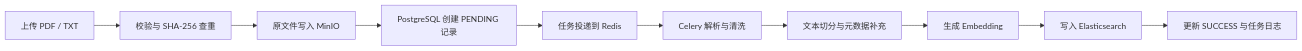
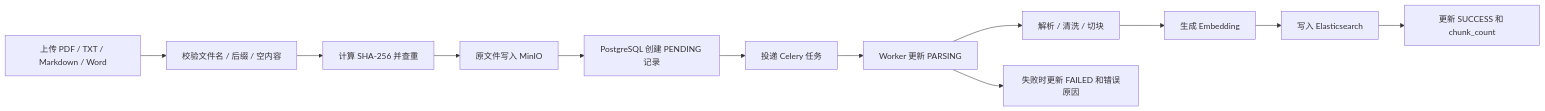
Before and after one commit to hf007019-lgtm/rag-builder: the second of 2 diagrams in README.md, drawn with Mermaid. The commit also changed other lines of this file and 4 other files, not shown here.

Commit message:
docs: document upload and parsing improvements

````diff
--- a/README.md
+++ b/README.md
@@ -212,12 +106,14 @@
 ```mermaid
 flowchart LR
-    Upload["上传 PDF / TXT"] --> Validate["校验与 SHA-256 查重"]
-    Validate --> Object["原文件写入 MinIO"]
-    Object --> Pending["PostgreSQL 创建 PENDING 记录"]
-    Pending --> Queue["任务投递到 Redis"]
-    Queue --> Parse["Celery 解析与清洗"]
-    Parse --> Chunk["文本切分与元数据补充"]
-    Chunk --> Vector["生成 Embedding"]
-    Vector --> Index["写入 Elasticsearch"]
-    Index --> Success["更新 SUCCESS 与任务日志"]
+    Upload[上传 PDF / TXT / Markdown / Word] --> Validate[校验文件名 / 后缀 / 空内容]
+    Validate --> Hash[计算 SHA-256 并查重]
+    Hash --> Object[原文件写入 MinIO]
+    Object --> Pending[PostgreSQL 创建 PENDING 记录]
+    Pending --> Queue[投递 Celery 任务]
+    Queue --> Parsing[Worker 更新 PARSING]
+    Parsing --> Parse[解析 / 清洗 / 切块]
+    Parse --> Embedding[生成 Embedding]
+    Embedding --> Index[写入 Elasticsearch]
+    Index --> Success[更新 SUCCESS 和 chunk_count]
+    Parsing --> Failed[失败时更新 FAILED 和错误原因]
 ```
````
